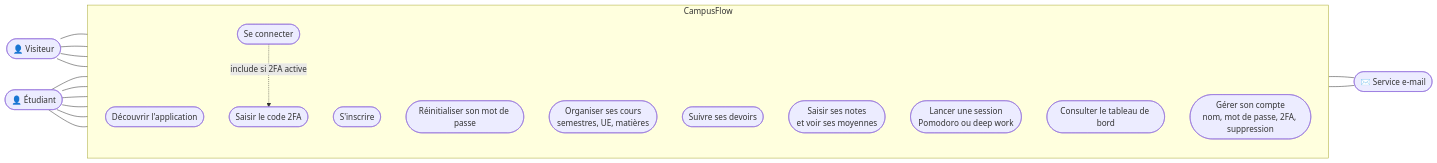
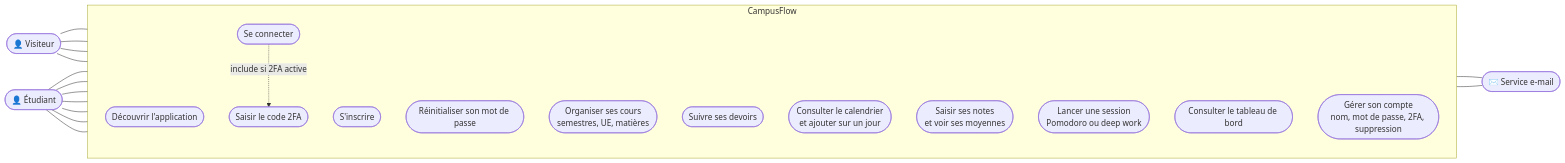
One commit to sllmb/campusflow changed the diagram in docs/cas-d-utilisation.md. Above: the diagram before and after it, drawn with Mermaid. The commit also changed other lines of this file and 12 other files, not shown here.

````diff
--- a/docs/cas-d-utilisation.md
+++ b/docs/cas-d-utilisation.md
@@ -9,36 +9,38 @@
 ```mermaid
 flowchart LR
     visiteur(["👤 Visiteur"])
     etudiant(["👤 Étudiant"])
     mail(["✉️ Service e-mail"])
 
     subgraph campusflow["CampusFlow"]
         direction TB
         uc_accueil(["Découvrir l'application"])
         uc_inscription(["S'inscrire"])
         uc_connexion(["Se connecter"])
         uc_reset(["Réinitialiser son mot de passe"])
         uc_2fa(["Saisir le code 2FA"])
         uc_cours(["Organiser ses cours<br/>semestres, UE, matières"])
         uc_devoirs(["Suivre ses devoirs"])
+        uc_calendrier(["Consulter le calendrier<br/>et ajouter sur un jour"])
         uc_notes(["Saisir ses notes<br/>et voir ses moyennes"])
         uc_focus(["Lancer une session<br/>Pomodoro ou deep work"])
         uc_dashboard(["Consulter le tableau de bord"])
         uc_profil(["Gérer son compte<br/>nom, mot de passe, 2FA, suppression"])
     end
 
     visiteur --- uc_accueil
     visiteur --- uc_inscription
     visiteur --- uc_connexion
     visiteur --- uc_reset
     uc_connexion -. "include si 2FA active" .-> uc_2fa
     uc_inscription --- mail
     uc_reset --- mail
 
     etudiant --- uc_cours
     etudiant --- uc_devoirs
+    etudiant --- uc_calendrier
     etudiant --- uc_notes
     etudiant --- uc_focus
     etudiant --- uc_dashboard
     etudiant --- uc_profil
 ```
````
